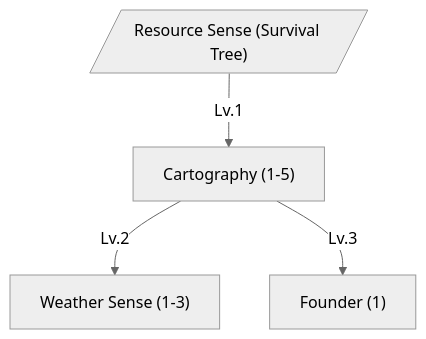
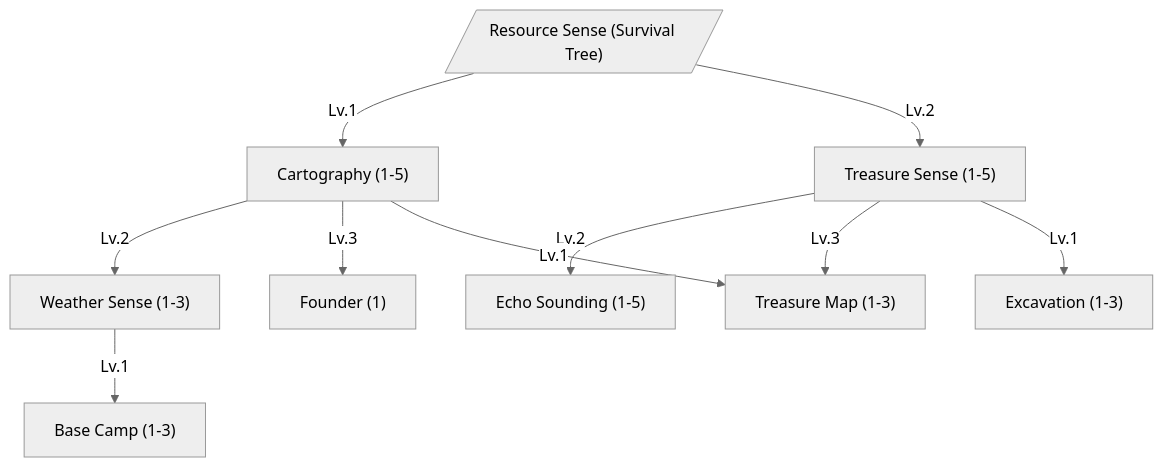
One commit to tfelix/bestia-docs changed the eighth of 20 diagrams in content/docs/mechanics/master.md. Above: the diagram before and after it, drawn with Mermaid (neutral theme). The commit also changed other lines of this file, not shown here.

First line of the commit message:
Give the Prospector a Treasure Hunter route and Base Camp

````diff
--- a/content/docs/mechanics/master.md
+++ b/content/docs/mechanics/master.md
@@ -1014,11 +1016,23 @@
 ```mermaid
 graph TD
     ResourceSense[/"Resource Sense (Survival Tree)"/]
     Cartography["Cartography (1-5)"]
     WeatherSense["Weather Sense (1-3)"]
     Founder["Founder (1)"]
+    BaseCamp["Base Camp (1-3)"]
+    TreasureSense["Treasure Sense (1-5)"]
+    EchoSounding["Echo Sounding (1-5)"]
+    TreasureMap["Treasure Map (1-3)"]
+    Excavation["Excavation (1-3)"]
 
     ResourceSense -->|Lv.1| Cartography
     Cartography -->|Lv.2| WeatherSense
     Cartography -->|Lv.3| Founder
+    WeatherSense -->|Lv.1| BaseCamp
+
+    ResourceSense -->|Lv.2| TreasureSense
+    TreasureSense -->|Lv.2| EchoSounding
+    TreasureSense -->|Lv.3| TreasureMap
+    Cartography -->|Lv.1| TreasureMap
+    TreasureSense -->|Lv.1| Excavation
 ```
````
